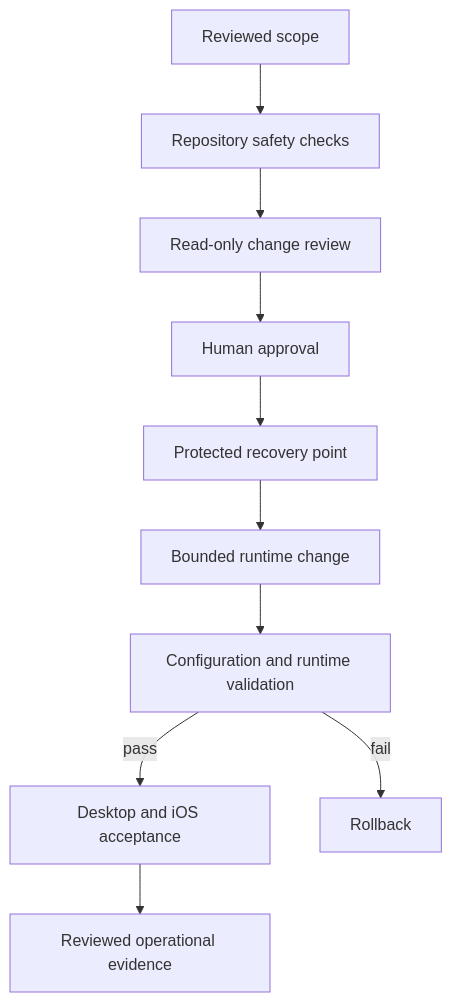
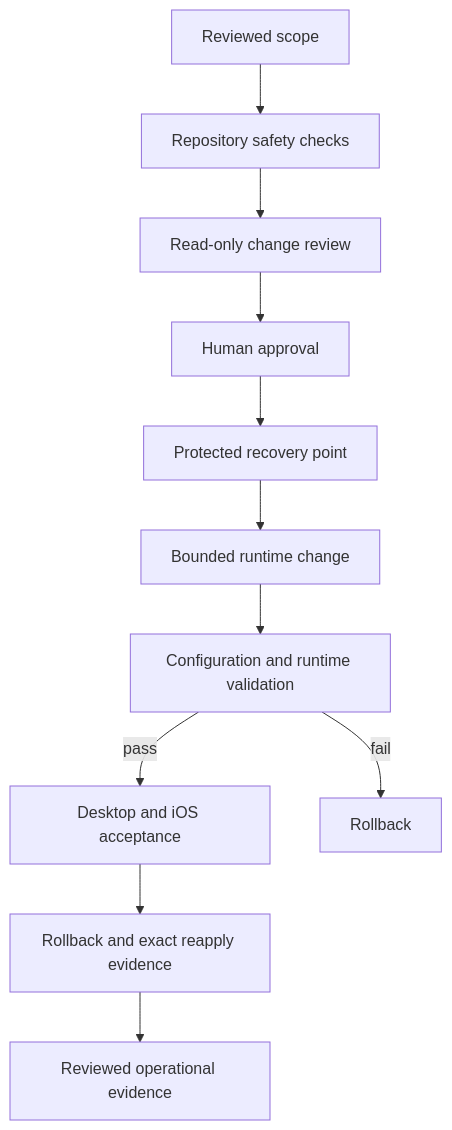
Before and after one commit to Charles-drZ/raspberry-home-showcase: the diagram in README.md, drawn with Mermaid. The commit also changed other lines of this file, not shown here.

Commit message:
docs: publish Midnight iOS visual evidence

````diff
--- a/README.md
+++ b/README.md
@@ -52,12 +55,13 @@
 ```mermaid
 flowchart TD
     SCOPE[Reviewed scope] --> CHECKS[Repository safety checks]
     CHECKS --> PLAN[Read-only change review]
     PLAN --> APPROVAL[Human approval]
     APPROVAL --> BACKUP[Protected recovery point]
     BACKUP --> CHANGE[Bounded runtime change]
     CHANGE --> VALIDATE[Configuration and runtime validation]
     VALIDATE -->|pass| ACCEPT[Desktop and iOS acceptance]
     VALIDATE -->|fail| RECOVER[Rollback]
-    ACCEPT --> MEMORY[Reviewed operational evidence]
+    ACCEPT --> REAPPLY[Rollback and exact reapply evidence]
+    REAPPLY --> MEMORY[Reviewed operational evidence]
 ```
````
